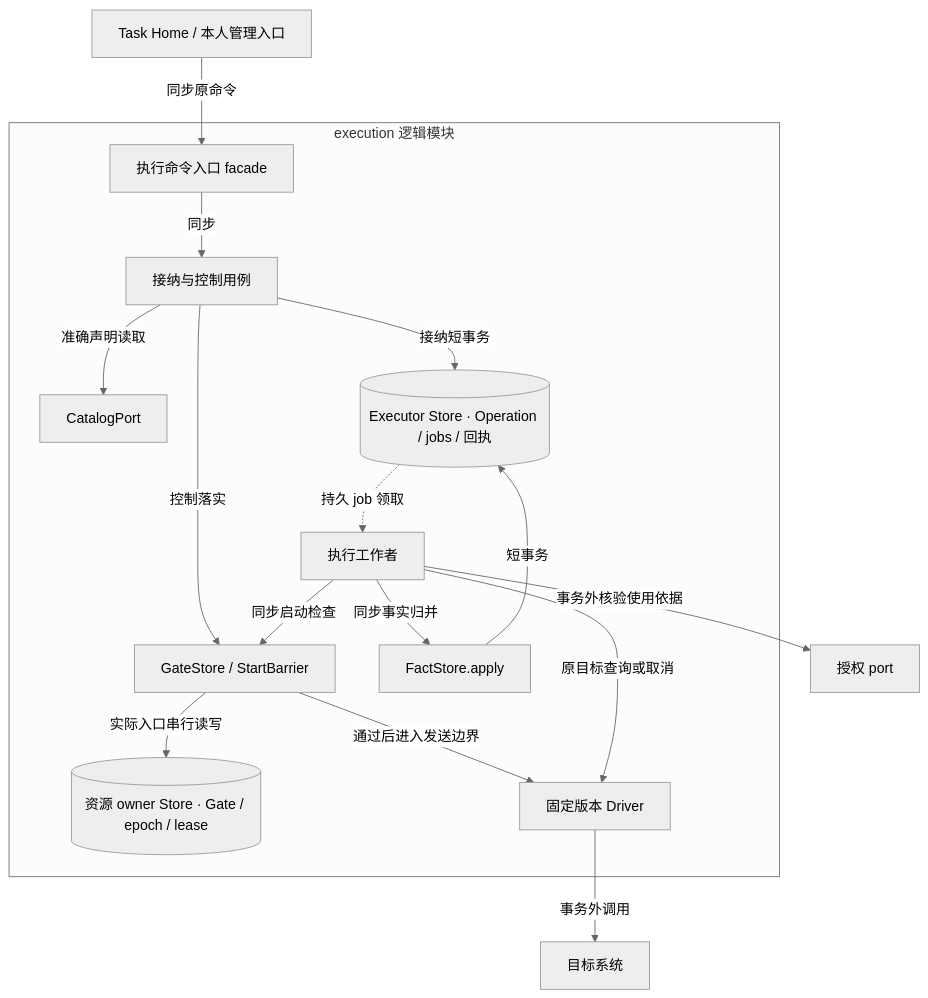
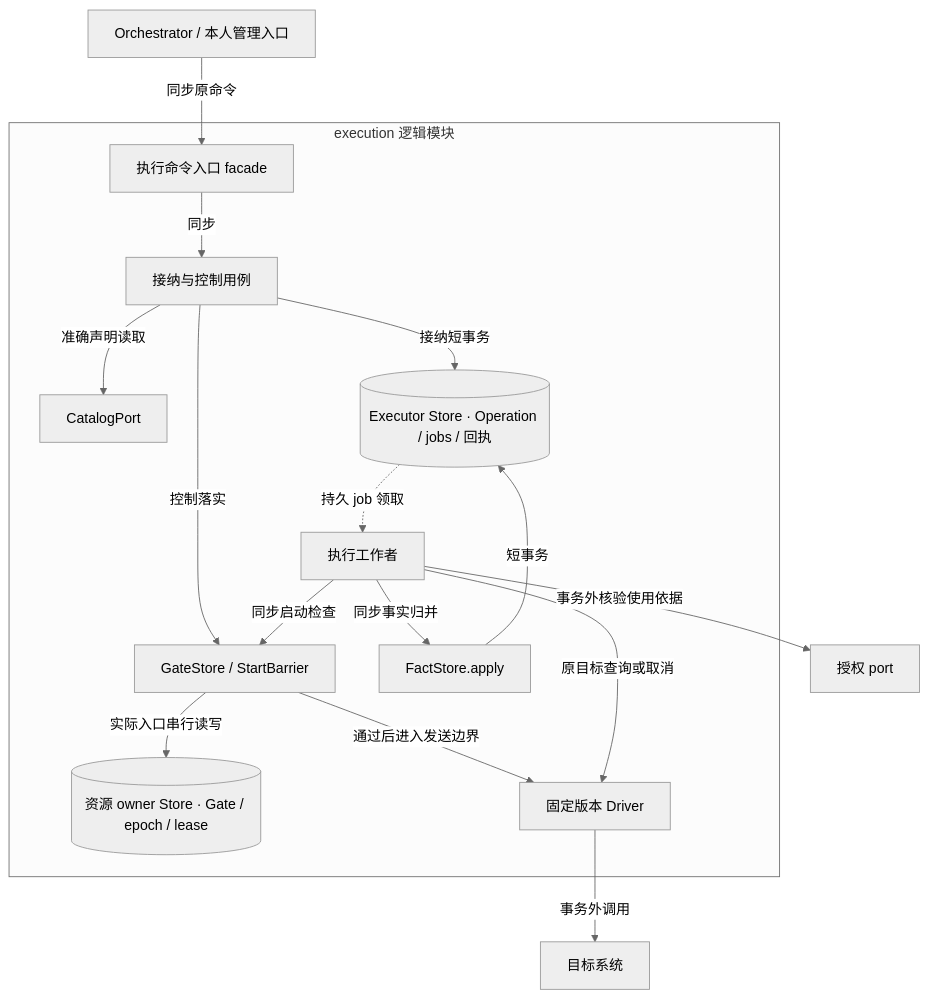
Before and after one commit to ruipengliu/lerna: the first of 4 diagrams in docs/architecture/execution/implementation.md, drawn with Mermaid (neutral theme). The commit also changed other lines of this file and 174 other files, not shown here.

Commit message:
docs: rename task runtime to orchestrator

````diff
--- a/docs/architecture/execution/implementation.md
+++ b/docs/architecture/execution/implementation.md
@@ -14,19 +14,19 @@
 ```mermaid
 flowchart TB
-    H[Task Home / 本人管理入口] -->|同步原命令| I
+    H[Orchestrator / 本人管理入口] -->|同步原命令| I
     subgraph EX[execution 逻辑模块]
       I[执行命令入口 facade] -->|同步| A[接纳与控制用例]
       A -->|准确声明读取| C[CatalogPort]
       A -->|接纳短事务| S[(Executor Store · Operation / jobs / 回执)]
       A -->|控制落实| R[GateStore / StartBarrier]
       S -.->|持久 job 领取| W[执行工作者]
       W -->|同步启动检查| R
       W -->|同步事实归并| F[FactStore.apply]
       F -->|短事务| S
       R -->|实际入口串行读写| O[(资源 owner Store · Gate / epoch / lease)]
       R -->|通过后进入发送边界| D[固定版本 Driver]
       W -->|原目标查询或取消| D
     end
     W -->|事务外核验使用依据| G[授权 port]
     D -->|事务外调用| X[目标系统]
 ```
````
